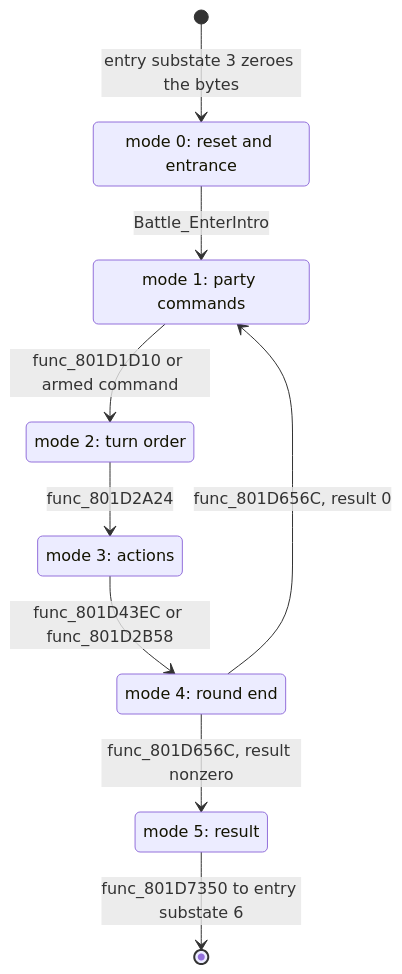
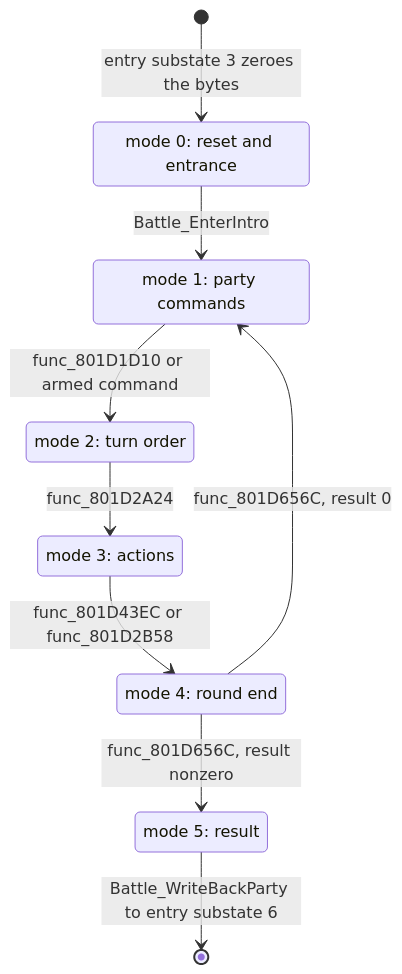
The diagram in src/content/docs/systems/battle.md (raulcorreia7/bof3-wiki), drawn with Mermaid before and after one commit. The commit also changed other lines of this file and 20 other files, not shown here.

````diff
--- a/src/content/docs/systems/battle.md
+++ b/src/content/docs/systems/battle.md
@@ -111,18 +111,18 @@
 ```mermaid
 stateDiagram-v2
     direction TB
     [*] --> M0: entry substate 3 zeroes the bytes
     state "mode 0: reset and entrance" as M0
     state "mode 1: party commands" as M1
     state "mode 2: turn order" as M2
     state "mode 3: actions" as M3
     state "mode 4: round end" as M4
     state "mode 5: result" as M5
     M0 --> M1: Battle_EnterIntro
     M1 --> M2: func_801D1D10 or armed command
     M2 --> M3: func_801D2A24
     M3 --> M4: func_801D43EC or func_801D2B58
     M4 --> M1: func_801D656C, result 0
     M4 --> M5: func_801D656C, result nonzero
-    M5 --> [*]: func_801D7350 to entry substate 6
+    M5 --> [*]: Battle_WriteBackParty to entry substate 6
 ```
````
